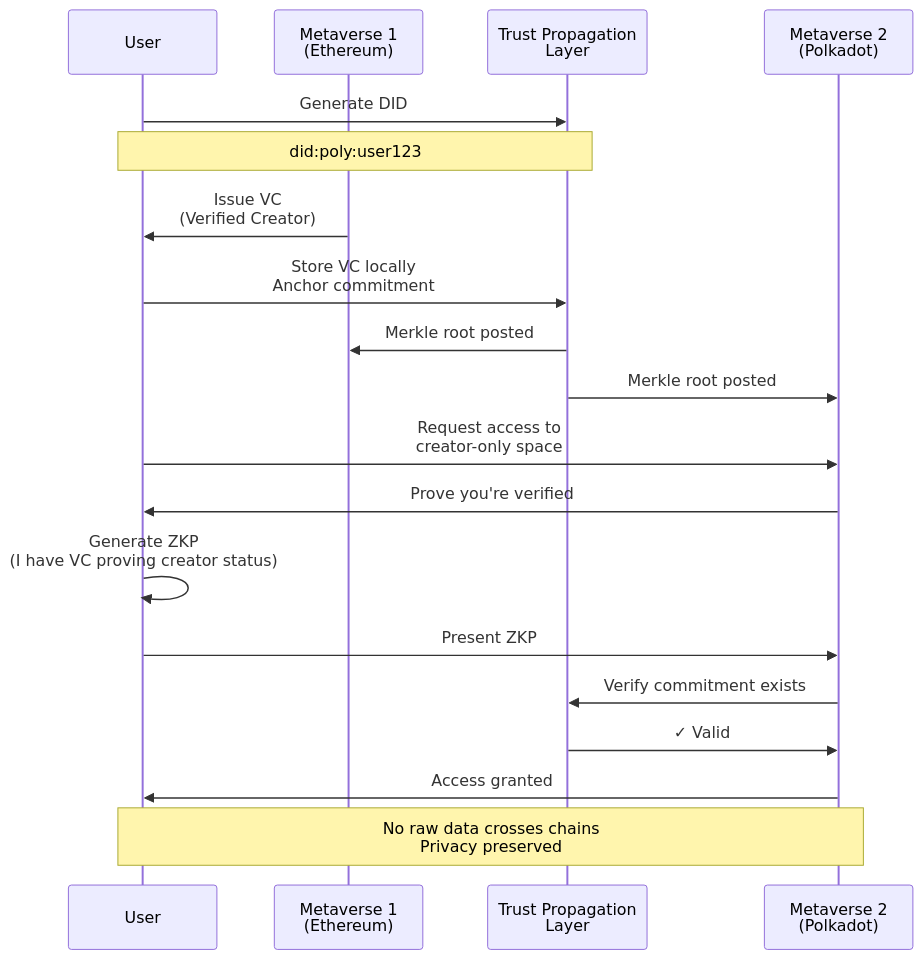
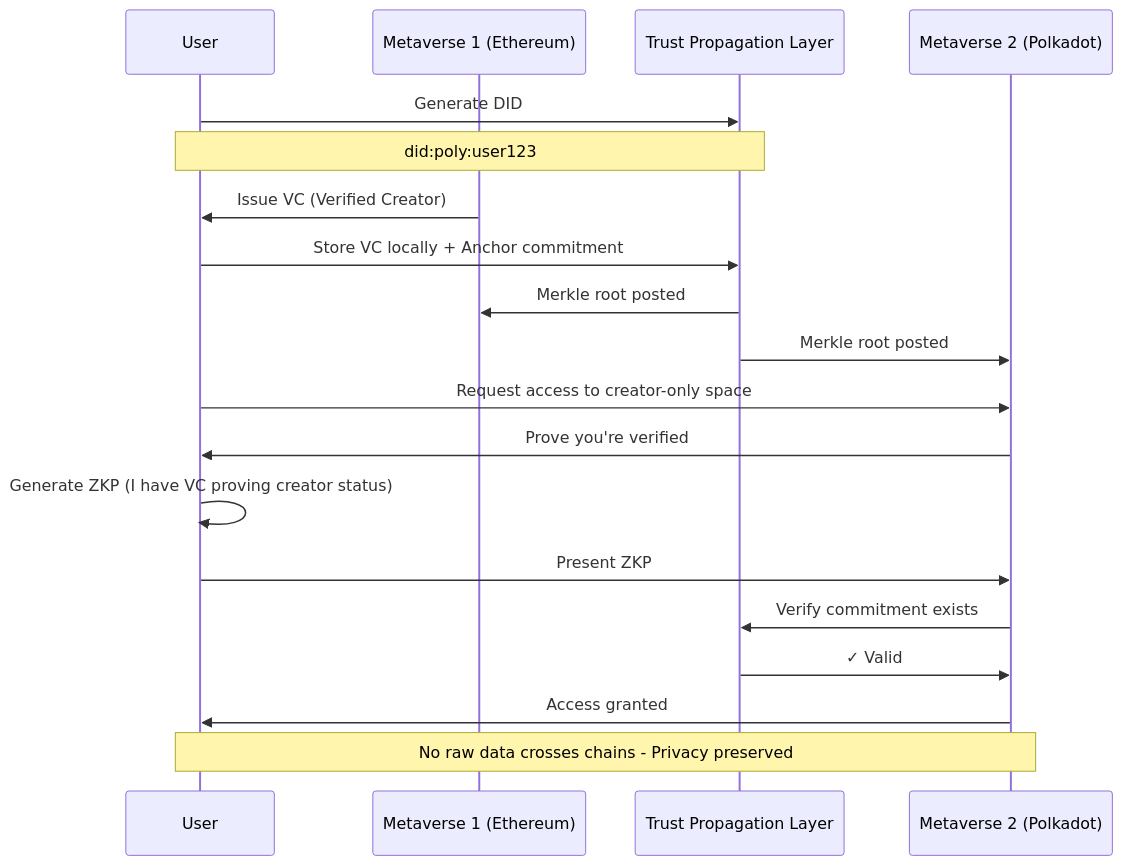
Before and after one commit to nyiell/tech-blog: the third of 4 diagrams in _posts/2025-10-14-bridging-the-metaverse.md, drawn with Mermaid. The commit also changed other lines of this file and 1 other file, not shown here.

````diff
--- a/_posts/2025-10-14-bridging-the-metaverse.md
+++ b/_posts/2025-10-14-bridging-the-metaverse.md
@@ -124,25 +124,25 @@
 ```mermaid
 sequenceDiagram
     participant U as User
-    participant M1 as Metaverse 1<br/>(Ethereum)
-    participant TPL as Trust Propagation<br/>Layer
-    participant M2 as Metaverse 2<br/>(Polkadot)
+    participant M1 as Metaverse 1 (Ethereum)
+    participant TPL as Trust Propagation Layer
+    participant M2 as Metaverse 2 (Polkadot)
 
     U->>TPL: Generate DID
     Note over U,TPL: did:poly:user123
 
-    M1->>U: Issue VC<br/>(Verified Creator)
-    U->>TPL: Store VC locally<br/>Anchor commitment
+    M1->>U: Issue VC (Verified Creator)
+    U->>TPL: Store VC locally + Anchor commitment
     TPL->>M1: Merkle root posted
     TPL->>M2: Merkle root posted
 
-    U->>M2: Request access to<br/>creator-only space
+    U->>M2: Request access to creator-only space
     M2->>U: Prove you're verified
-    U->>U: Generate ZKP<br/>(I have VC proving creator status)
+    U->>U: Generate ZKP (I have VC proving creator status)
     U->>M2: Present ZKP
     M2->>TPL: Verify commitment exists
     TPL->>M2: ✓ Valid
     M2->>U: Access granted
 
-    Note over U,M2: No raw data crosses chains<br/>Privacy preserved
+    Note over U,M2: No raw data crosses chains - Privacy preserved
 ```
````
